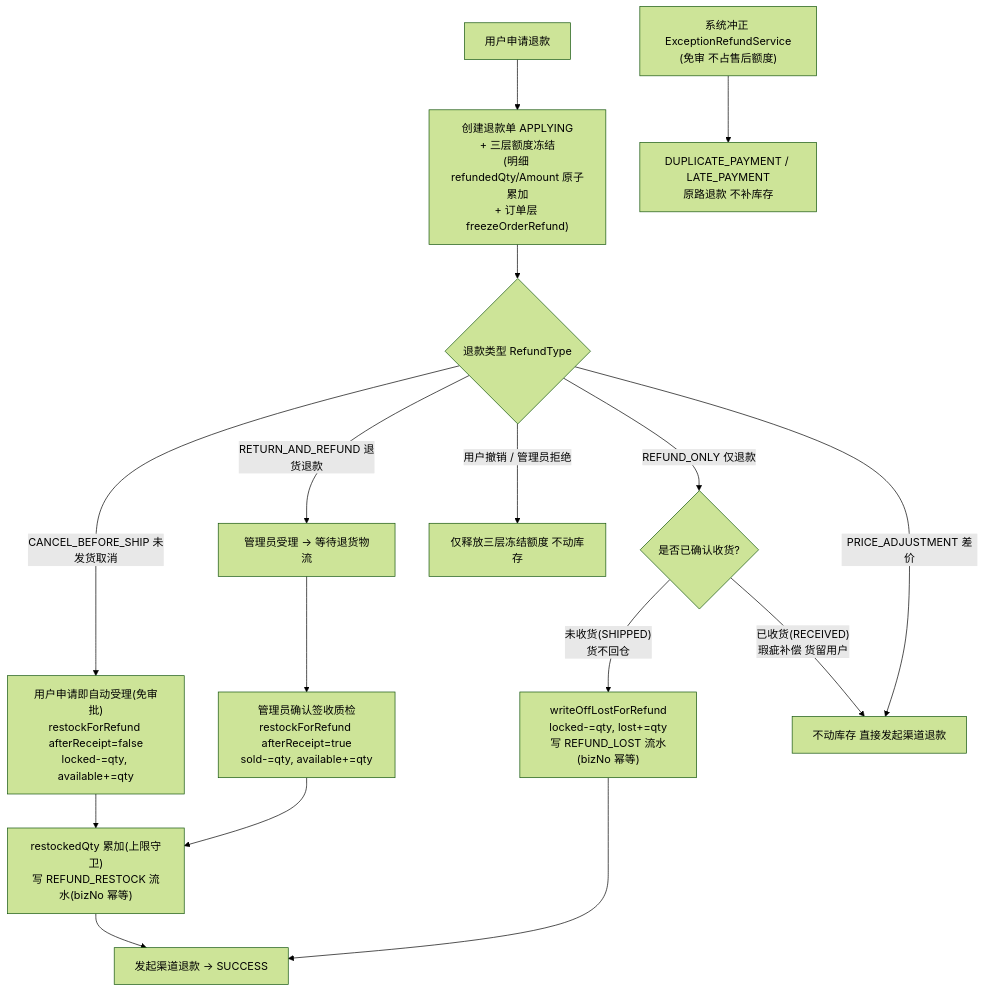
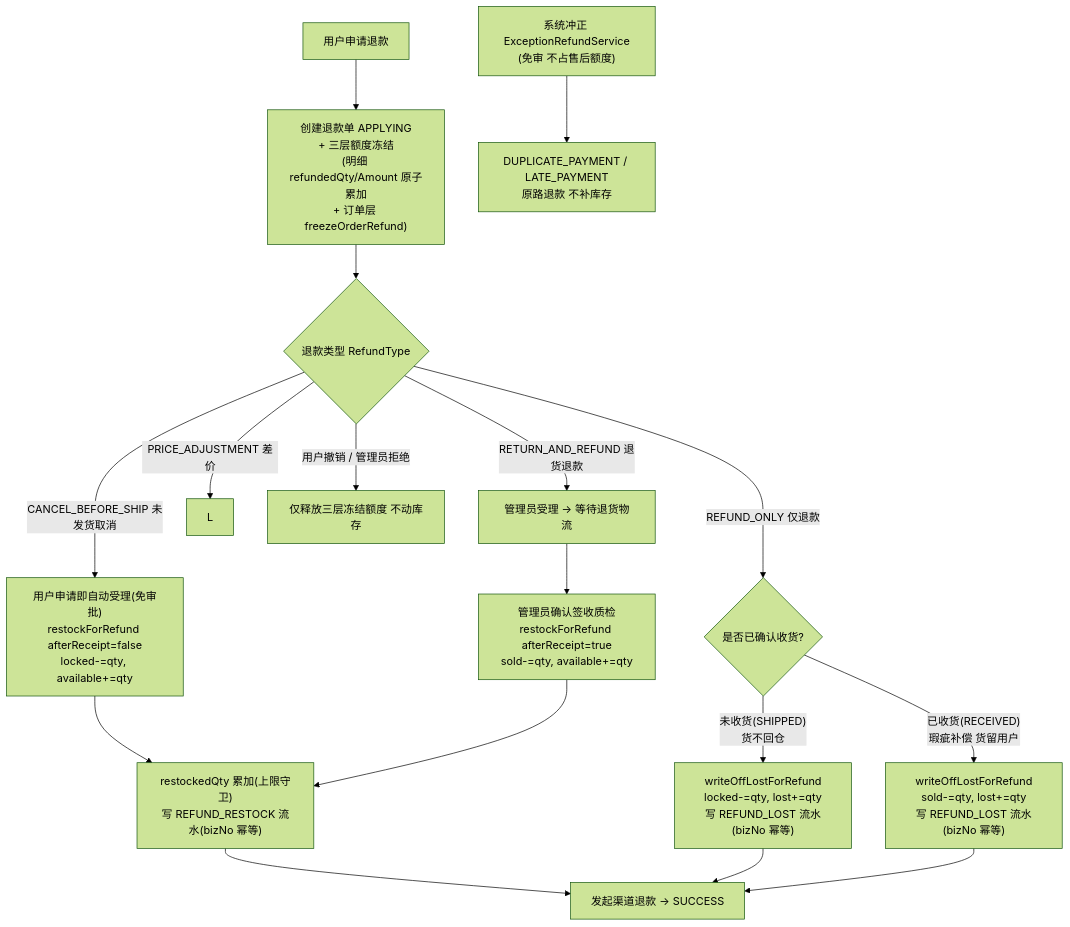
One commit to cpc-lib/mall changed the fourth of 5 diagrams in CODE_INTRO.md. Above: the diagram before and after it, drawn with Mermaid (forest theme). The commit also changed other lines of this file and 16 other files, not shown here.

````diff
--- a/CODE_INTRO.md
+++ b/CODE_INTRO.md
@@ -238,18 +238,19 @@
 ```mermaid
 flowchart TD
     A[用户申请退款] --> B["创建退款单 APPLYING<br/>+ 三层额度冻结<br/>(明细 refundedQty/Amount 原子累加<br/>+ 订单层 freezeOrderRefund)"]
     B --> C{退款类型 RefundType}
     C -->|CANCEL_BEFORE_SHIP 未发货取消| D["用户申请即自动受理(免审批)<br/>restockForRefund afterReceipt=false<br/>locked-=qty, available+=qty"]
     D --> G["restockedQty 累加(上限守卫)<br/>写 REFUND_RESTOCK 流水(bizNo 幂等)"]
     G --> H[发起渠道退款 → SUCCESS]
     C -->|RETURN_AND_REFUND 退货退款| I[管理员受理 → 等待退货物流]
     I --> J["管理员确认签收质检<br/>restockForRefund afterReceipt=true<br/>sold-=qty, available+=qty"]
     J --> G
     C -->|"REFUND_ONLY 仅退款"| RO{是否已确认收货?}
     RO -->|"未收货(SHIPPED)<br/>货不回仓"| RP["writeOffLostForRefund<br/>locked-=qty, lost+=qty<br/>写 REFUND_LOST 流水(bizNo 幂等)"]
     RP --> H
-    RO -->|"已收货(RECEIVED)<br/>瑕疵补偿 货留用户"| L[不动库存 直接发起渠道退款]
+    RO -->|"已收货(RECEIVED)<br/>瑕疵补偿 货留用户"| RQ["writeOffLostForRefund<br/>sold-=qty, lost+=qty<br/>写 REFUND_LOST 流水(bizNo 幂等)"]
+    RQ --> H
     C -->|PRICE_ADJUSTMENT 差价| L
     C -->|用户撤销 / 管理员拒绝| M[仅释放三层冻结额度 不动库存]
     N["系统冲正 ExceptionRefundService<br/>(免审 不占售后额度)"] --> O["DUPLICATE_PAYMENT / LATE_PAYMENT<br/>原路退款 不补库存"]
 ```
````
